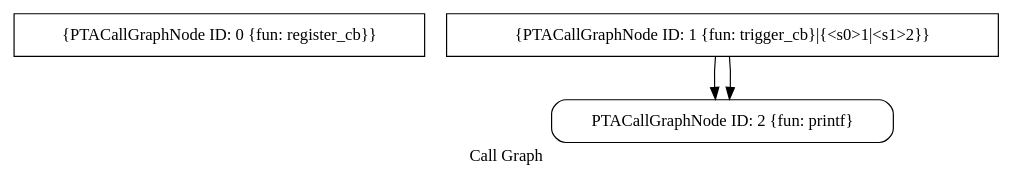
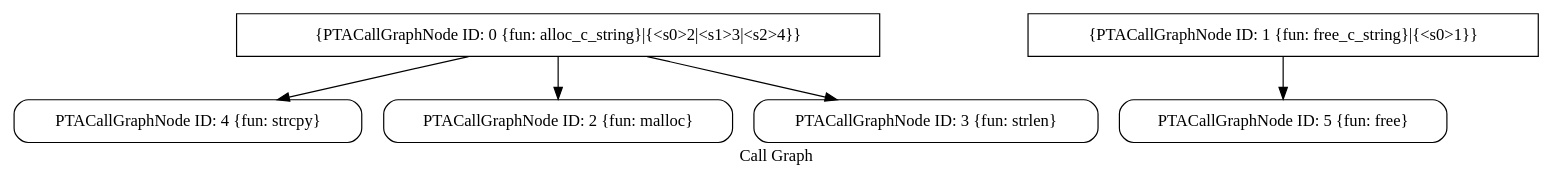
The diagram in SVF-example/callgraph_initial.dot.dot (AFx3/crema-static-analyzer), drawn with Graphviz before and after one commit. The commit also changed 19 other files, not shown here.

Commit message:
feat(dep1): implement context-explicit dependency control flow

```diff
--- a/SVF-example/callgraph_initial.dot.dot
+++ b/SVF-example/callgraph_initial.dot.dot
@@ -1,9 +1,14 @@
 digraph "Call Graph" {
 	label="Call Graph";
 
-	Node0x634d7bf65980 [shape=record,shape=box,label="{PTACallGraphNode ID: 0 \{fun: register_cb\}}"];
-	Node0x634d7bfc1070 [shape=record,shape=box,label="{PTACallGraphNode ID: 1 \{fun: trigger_cb\}|{<s0>1|<s1>2}}"];
-	Node0x634d7bfc1070:s0 -> Node0x634d7bf9bd30[color=black];
-	Node0x634d7bfc1070:s1 -> Node0x634d7bf9bd30[color=black];
-	Node0x634d7bf9bd30 [shape=record,shape=Mrecord,label="{PTACallGraphNode ID: 2 \{fun: printf\}}"];
+	Node0x61efd44e9ed0 [shape=record,shape=box,label="{PTACallGraphNode ID: 0 \{fun: alloc_c_string\}|{<s0>2|<s1>3|<s2>4}}"];
+	Node0x61efd44e9ed0:s0 -> Node0x61efd44b88d0[color=black];
+	Node0x61efd44e9ed0:s1 -> Node0x61efd44a7c20[color=black];
+	Node0x61efd44e9ed0:s2 -> Node0x61efd44a7d40[color=black];
+	Node0x61efd44a7b00 [shape=record,shape=box,label="{PTACallGraphNode ID: 1 \{fun: free_c_string\}|{<s0>1}}"];
+	Node0x61efd44a7b00:s0 -> Node0x61efd44b89f0[color=black];
+	Node0x61efd44a7c20 [shape=record,shape=Mrecord,label="{PTACallGraphNode ID: 2 \{fun: malloc\}}"];
+	Node0x61efd44a7d40 [shape=record,shape=Mrecord,label="{PTACallGraphNode ID: 3 \{fun: strlen\}}"];
+	Node0x61efd44b88d0 [shape=record,shape=Mrecord,label="{PTACallGraphNode ID: 4 \{fun: strcpy\}}"];
+	Node0x61efd44b89f0 [shape=record,shape=Mrecord,label="{PTACallGraphNode ID: 5 \{fun: free\}}"];
 }
```
